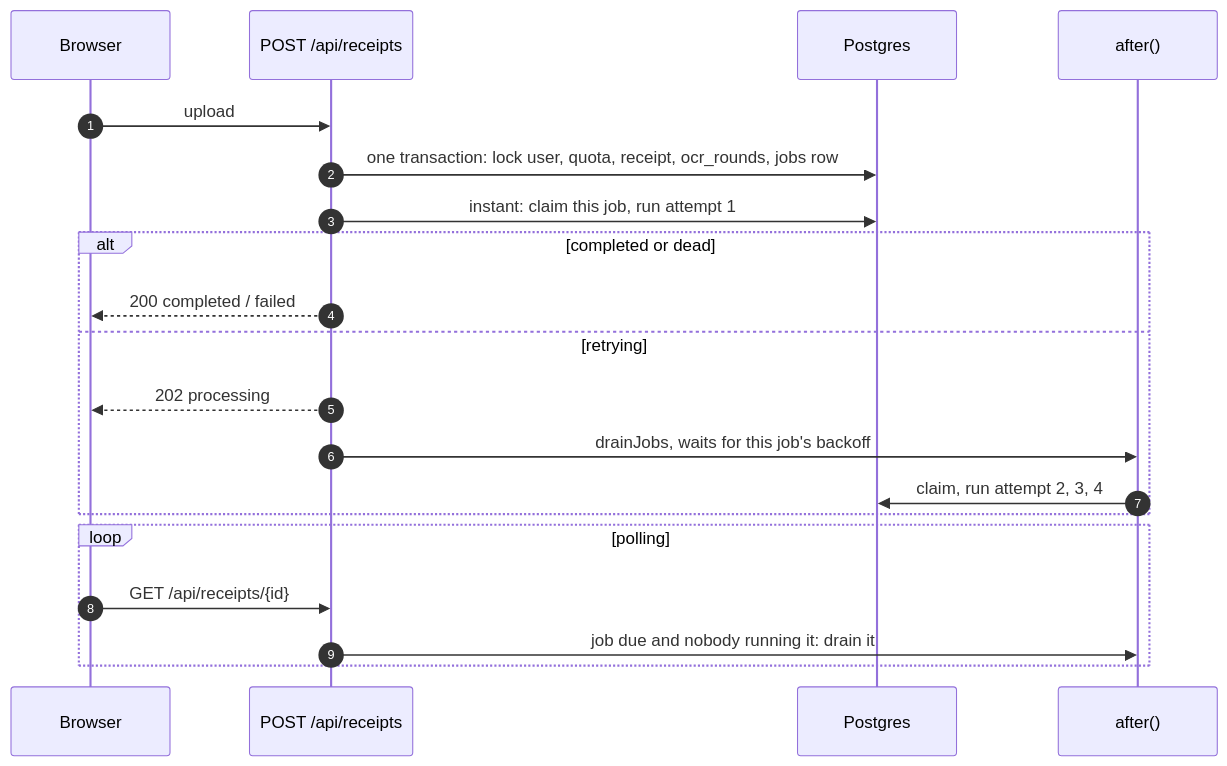
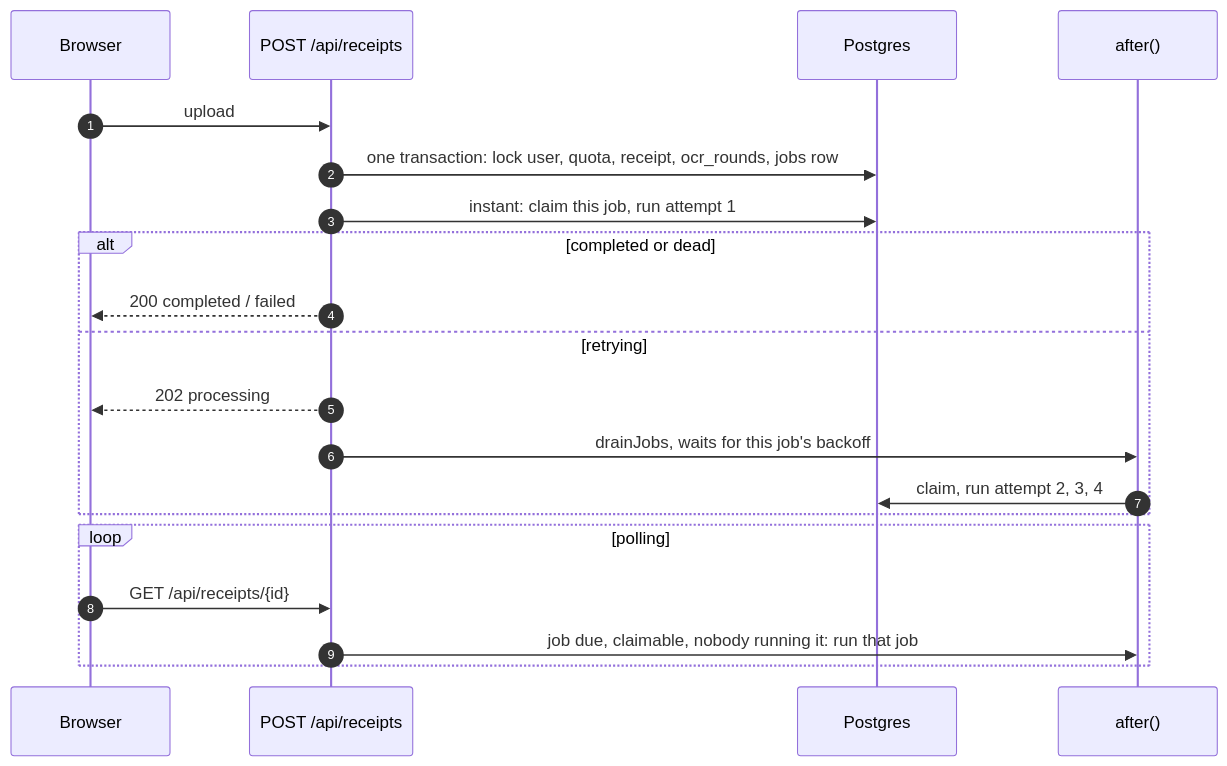
The second of 2 diagrams in docs/architecture/flows/jobs.md (bhimrazy/receipt-ocr-app), drawn with Mermaid before and after one commit. The commit also changed other lines of this file and 4 other files, not shown here.

````diff
--- a/docs/architecture/flows/jobs.md
+++ b/docs/architecture/flows/jobs.md
@@ -54,23 +56,23 @@
 ```mermaid
 sequenceDiagram
   autonumber
   participant B as Browser
   participant R as POST /api/receipts
   participant DB as Postgres
   participant A as after()
 
   B->>R: upload
   R->>DB: one transaction: lock user, quota, receipt, ocr_rounds, jobs row
   R->>DB: instant: claim this job, run attempt 1
   alt completed or dead
     R-->>B: 200 completed / failed
   else retrying
     R-->>B: 202 processing
     R->>A: drainJobs, waits for this job's backoff
     A->>DB: claim, run attempt 2, 3, 4
   end
   loop polling
     B->>R: GET /api/receipts/{id}
-    R->>A: job due and nobody running it: drain it
+    R->>A: job due, claimable, nobody running it: run that job
   end
 ```
````
